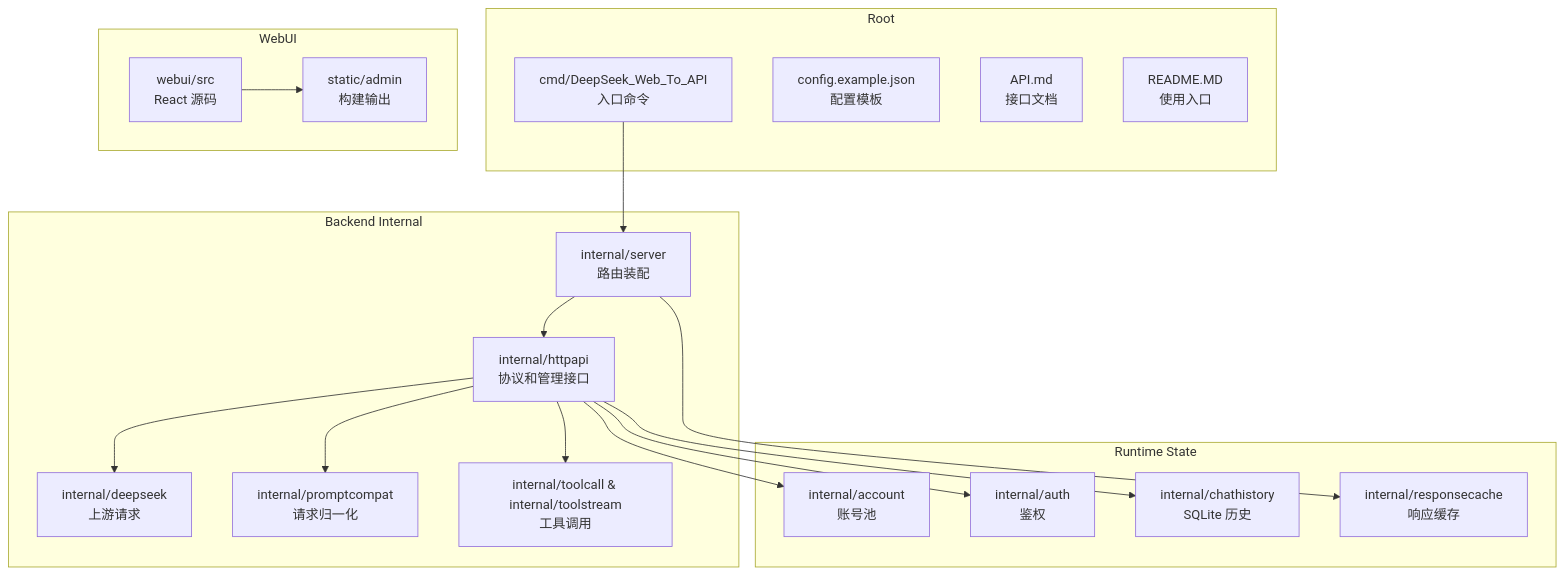
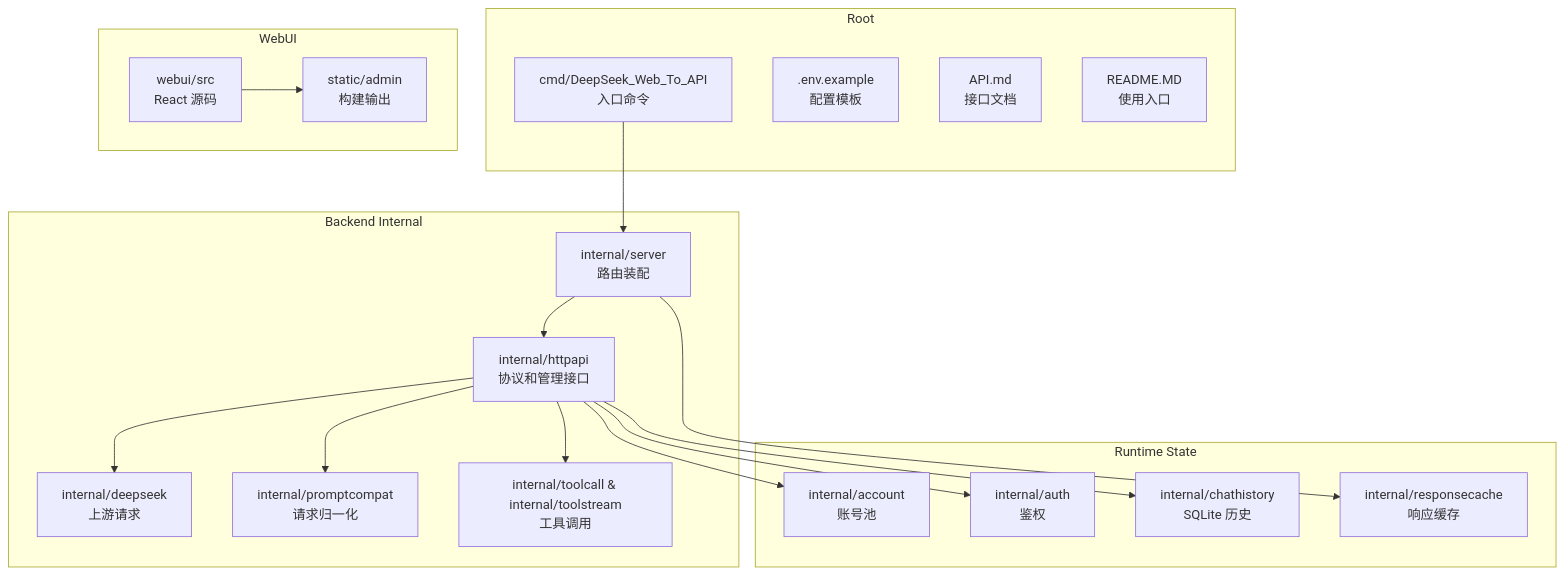
The first of 2 diagrams in docs/Project Overview/Project Overview.md (marklove5102/DeepSeek_Web_To_API), drawn with Mermaid before and after one commit. The commit also changed other lines of this file and 51 other files, not shown here.

````diff
--- a/docs/Project Overview/Project Overview.md
+++ b/docs/Project Overview/Project Overview.md
@@ -39,36 +39,36 @@
 ```mermaid
 graph TB
 subgraph "Root"
 MAIN["cmd/DeepSeek_Web_To_API<br/>入口命令"]
-CONFIG["config.example.json<br/>配置模板"]
+CONFIG[".env.example<br/>配置模板"]
 API["API.md<br/>接口文档"]
 README["README.MD<br/>使用入口"]
 end
 subgraph "Backend Internal"
 SERVER["internal/server<br/>路由装配"]
 HTTPAPI["internal/httpapi<br/>协议和管理接口"]
 DEEPSEEK["internal/deepseek<br/>上游请求"]
 PROMPT["internal/promptcompat<br/>请求归一化"]
 TOOL["internal/toolcall & internal/toolstream<br/>工具调用"]
 end
 subgraph "Runtime State"
 ACCOUNT["internal/account<br/>账号池"]
 AUTH["internal/auth<br/>鉴权"]
 HISTORY["internal/chathistory<br/>SQLite 历史"]
 CACHE["internal/responsecache<br/>响应缓存"]
 end
 subgraph "WebUI"
 WEBUISRC["webui/src<br/>React 源码"]
 STATIC["static/admin<br/>构建输出"]
 end
 MAIN --> SERVER
 SERVER --> HTTPAPI
 HTTPAPI --> DEEPSEEK
 HTTPAPI --> PROMPT
 HTTPAPI --> TOOL
 HTTPAPI --> ACCOUNT
 HTTPAPI --> AUTH
 HTTPAPI --> HISTORY
 SERVER --> CACHE
 WEBUISRC --> STATIC
 ```
````
